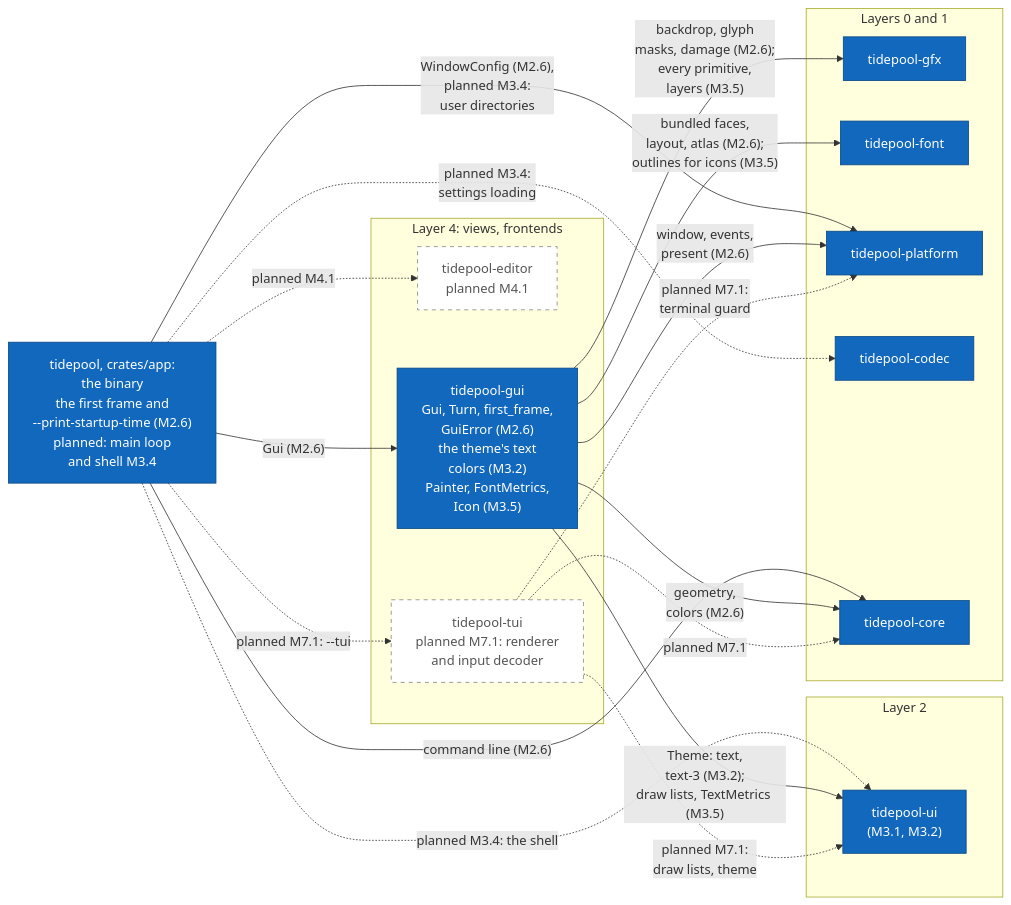
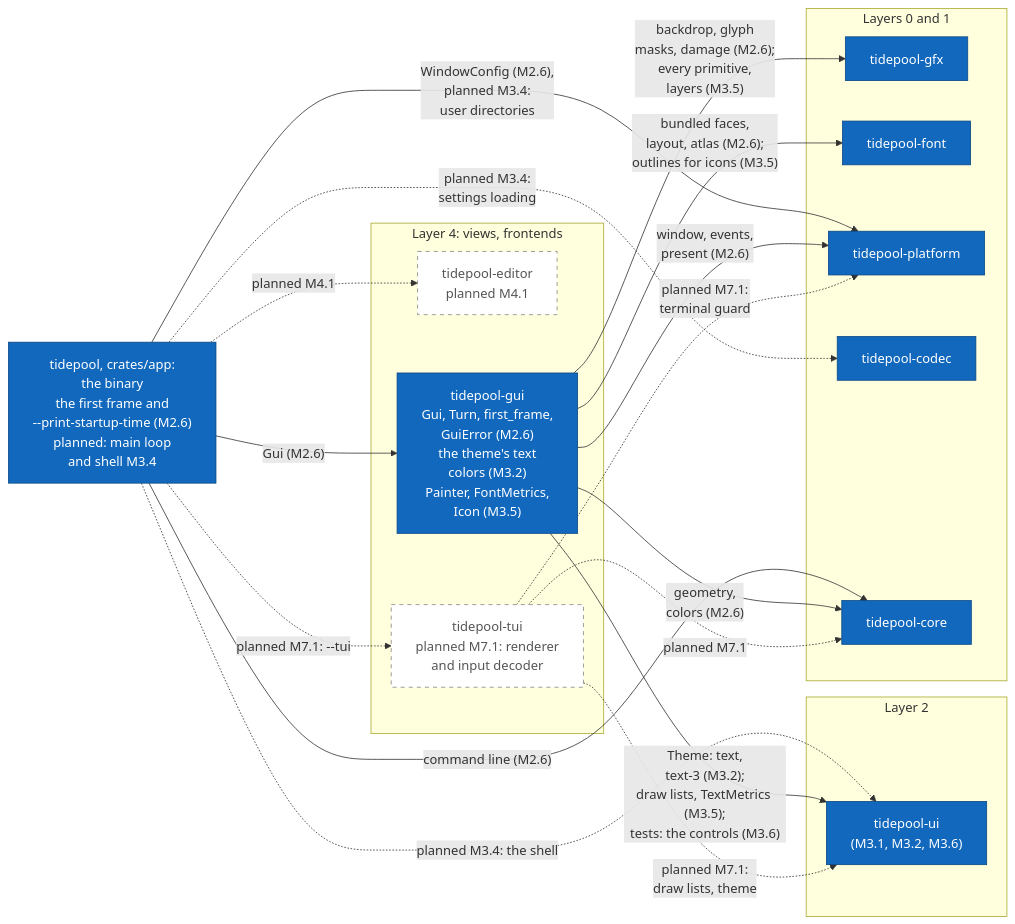
Before and after one commit to jabbott-iii/Tidepool: the tenth of 17 diagrams in diagrams/c4-architecture.md, drawn with Mermaid. The commit also changed other lines of this file and 64 other files, not shown here.

First line of the commit message:
ui: controls, theme tokens and grapheme editing (M3.6)

````diff
--- a/diagrams/c4-architecture.md
+++ b/diagrams/c4-architecture.md
@@ -533,40 +536,40 @@
 ```mermaid
 flowchart LR
     k_app["tidepool, crates/app:<br/>the binary<br/>the first frame and<br/>--print-startup-time (M2.6)<br/>planned: main loop<br/>and shell M3.4"]
     subgraph L4["Layer 4: views, frontends"]
         k_editor["tidepool-editor<br/>planned M4.1"]
         k_gui["tidepool-gui<br/>Gui, Turn, first_frame,<br/>GuiError (M2.6)<br/>the theme's text<br/>colors (M3.2)<br/>Painter, FontMetrics,<br/>Icon (M3.5)"]
         k_tui["tidepool-tui<br/>planned M7.1: renderer<br/>and input decoder"]
     end
     subgraph L2["Layer 2"]
-        k_ui["tidepool-ui<br/>(M3.1, M3.2)"]
+        k_ui["tidepool-ui<br/>(M3.1, M3.2, M3.6)"]
     end
     subgraph L01["Layers 0 and 1"]
         k_gfx["tidepool-gfx"]
         k_font["tidepool-font"]
         k_platform["tidepool-platform"]
         k_codec["tidepool-codec"]
         k_core["tidepool-core"]
     end
 
     k_app -->|"Gui (M2.6)"| k_gui
     k_app -.->|"planned M7.1: --tui"| k_tui
     k_app -.->|"planned M4.1"| k_editor
     k_app -.->|"planned M3.4: the shell"| k_ui
     k_app -.->|"planned M3.4:<br/>settings loading"| k_codec
     k_app -->|"WindowConfig (M2.6),<br/>planned M3.4:<br/>user directories"| k_platform
     k_app -->|"command line (M2.6)"| k_core
     k_gui -->|"geometry,<br/>colors (M2.6)"| k_core
     k_gui -->|"window, events,<br/>present (M2.6)"| k_platform
     k_gui -->|"backdrop, glyph<br/>masks, damage (M2.6);<br/>every primitive,<br/>layers (M3.5)"| k_gfx
     k_gui -->|"bundled faces,<br/>layout, atlas (M2.6);<br/>outlines for icons (M3.5)"| k_font
-    k_gui -->|"Theme: text,<br/>text-3 (M3.2);<br/>draw lists, TextMetrics (M3.5)"| k_ui
+    k_gui -->|"Theme: text,<br/>text-3 (M3.2);<br/>draw lists, TextMetrics (M3.5);<br/>tests: the controls (M3.6)"| k_ui
     k_tui -.->|"planned M7.1"| k_core
     k_tui -.->|"planned M7.1:<br/>terminal guard"| k_platform
     k_tui -.->|"planned M7.1:<br/>draw lists, theme"| k_ui
 
     classDef built fill:#1168bd,stroke:#0b4884,color:#ffffff
     classDef planned fill:#ffffff,stroke:#888888,stroke-dasharray: 5 5,color:#555555
     class k_app,k_gui,k_platform,k_codec,k_gfx,k_font,k_core,k_ui built
     class k_editor,k_tui planned
 ```
````
